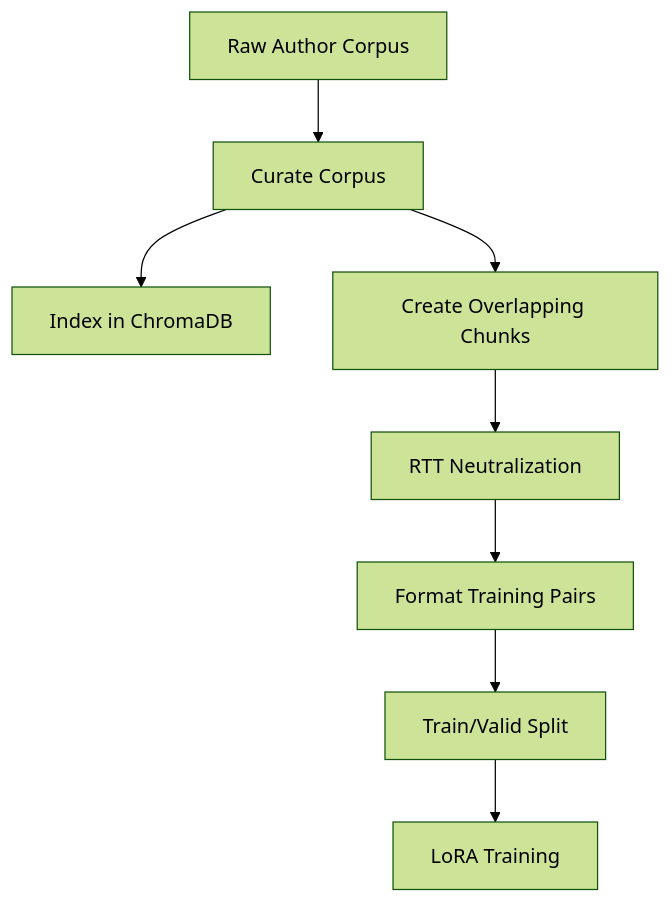
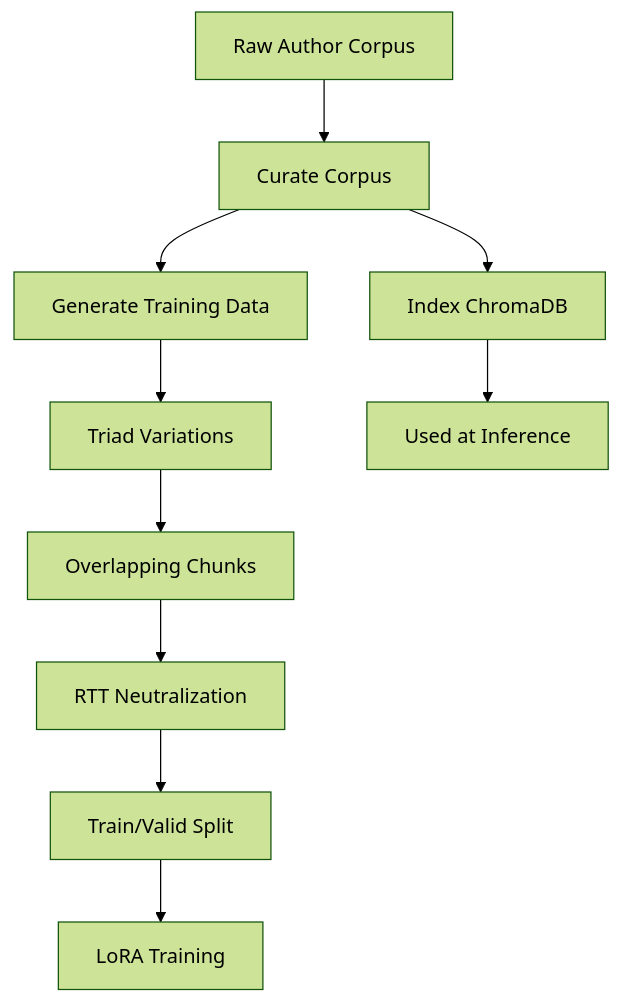
The second of 3 diagrams in docs/architecture.md (yogthos/revenant), drawn with Mermaid (forest theme) before and after one commit. The commit also changed other lines of this file and 1 other file, not shown here.

````diff
--- a/docs/architecture.md
+++ b/docs/architecture.md
@@ -112,10 +119,12 @@
 ```mermaid
 flowchart TD
     A[Raw Author Corpus] --> B[Curate Corpus]
-    B --> C[Index in ChromaDB]
-    B --> D[Create Overlapping Chunks]
-    D --> E[RTT Neutralization]
-    E --> F[Format Training Pairs]
+    B --> C[Generate Training Data]
+    C --> D[Triad Variations]
+    D --> E[Overlapping Chunks]
+    E --> F[RTT Neutralization]
     F --> G[Train/Valid Split]
     G --> H[LoRA Training]
+    B --> I[Index ChromaDB]
+    I --> J[Used at Inference]
 ```
````
